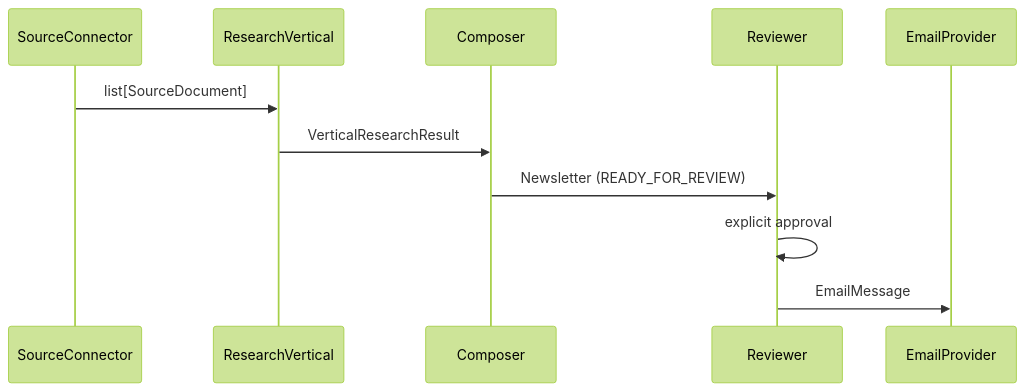
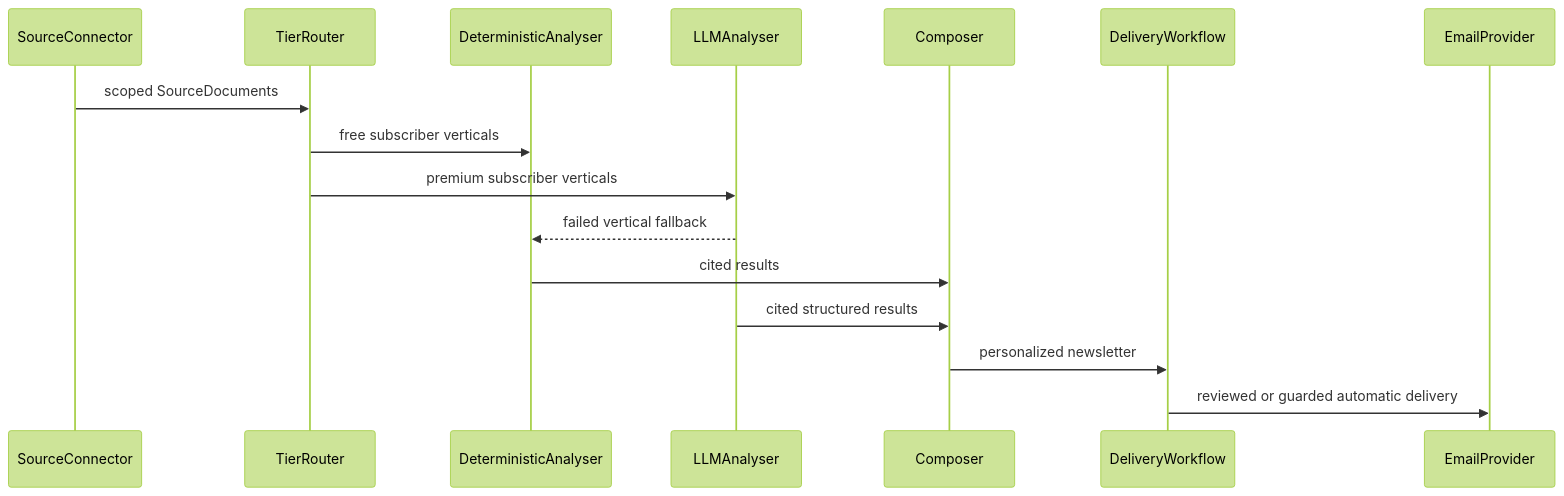
The second of 5 diagrams in ARCHITECTURE.md (Vortenix/vortenix-newsletter), drawn with Mermaid (forest theme) before and after one commit. The commit also changed other lines of this file and 13 other files, not shown here.

Commit message:
docs: align architecture with current workflows

````diff
--- a/ARCHITECTURE.md
+++ b/ARCHITECTURE.md
@@ -26,13 +28,18 @@
 ```mermaid
 sequenceDiagram
   participant S as SourceConnector
-  participant V as ResearchVertical
+  participant T as TierRouter
+  participant D as DeterministicAnalyser
+  participant L as LLMAnalyser
   participant C as Composer
-  participant R as Reviewer
+  participant W as DeliveryWorkflow
   participant E as EmailProvider
-  S->>V: list[SourceDocument]
-  V->>C: VerticalResearchResult
-  C->>R: Newsletter (READY_FOR_REVIEW)
-  R->>R: explicit approval
-  R->>E: EmailMessage
+  S->>T: scoped SourceDocuments
+  T->>D: free subscriber verticals
+  T->>L: premium subscriber verticals
+  L-->>D: failed vertical fallback
+  D->>C: cited results
+  L->>C: cited structured results
+  C->>W: personalized newsletter
+  W->>E: reviewed or guarded automatic delivery
 ```
````
